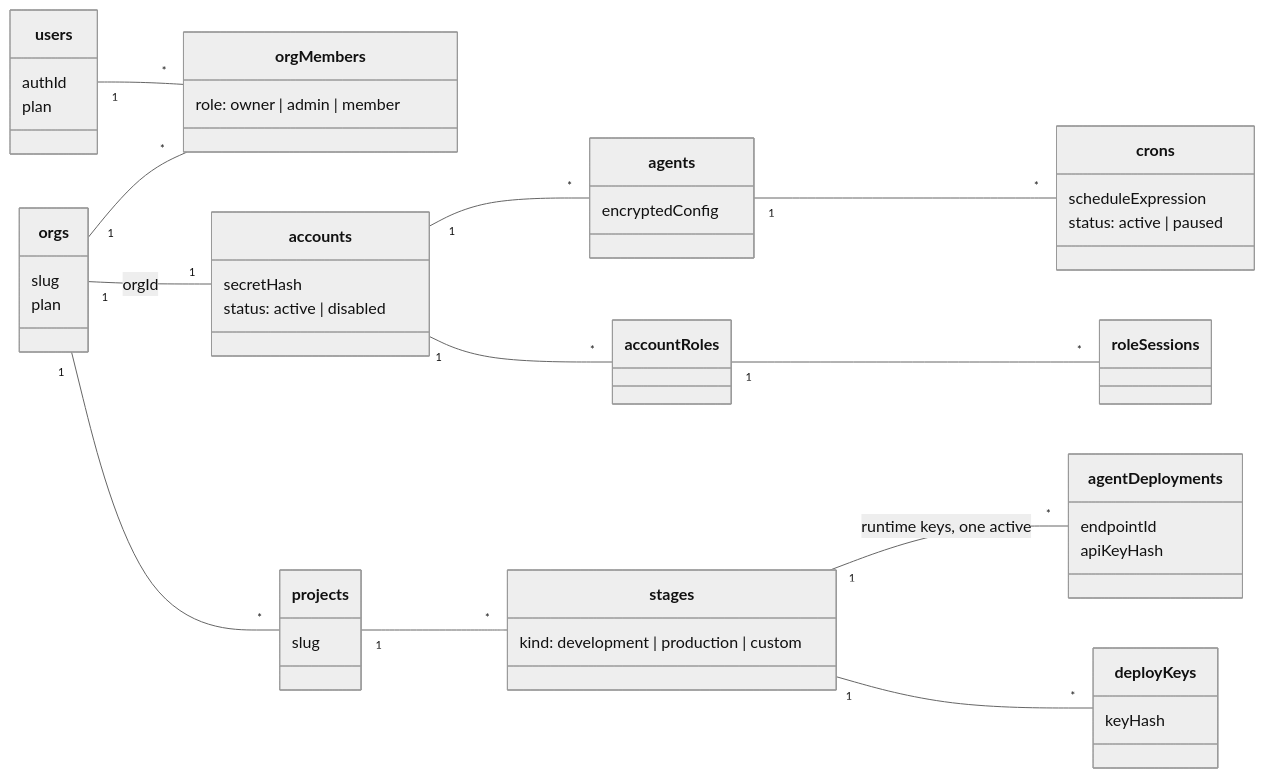
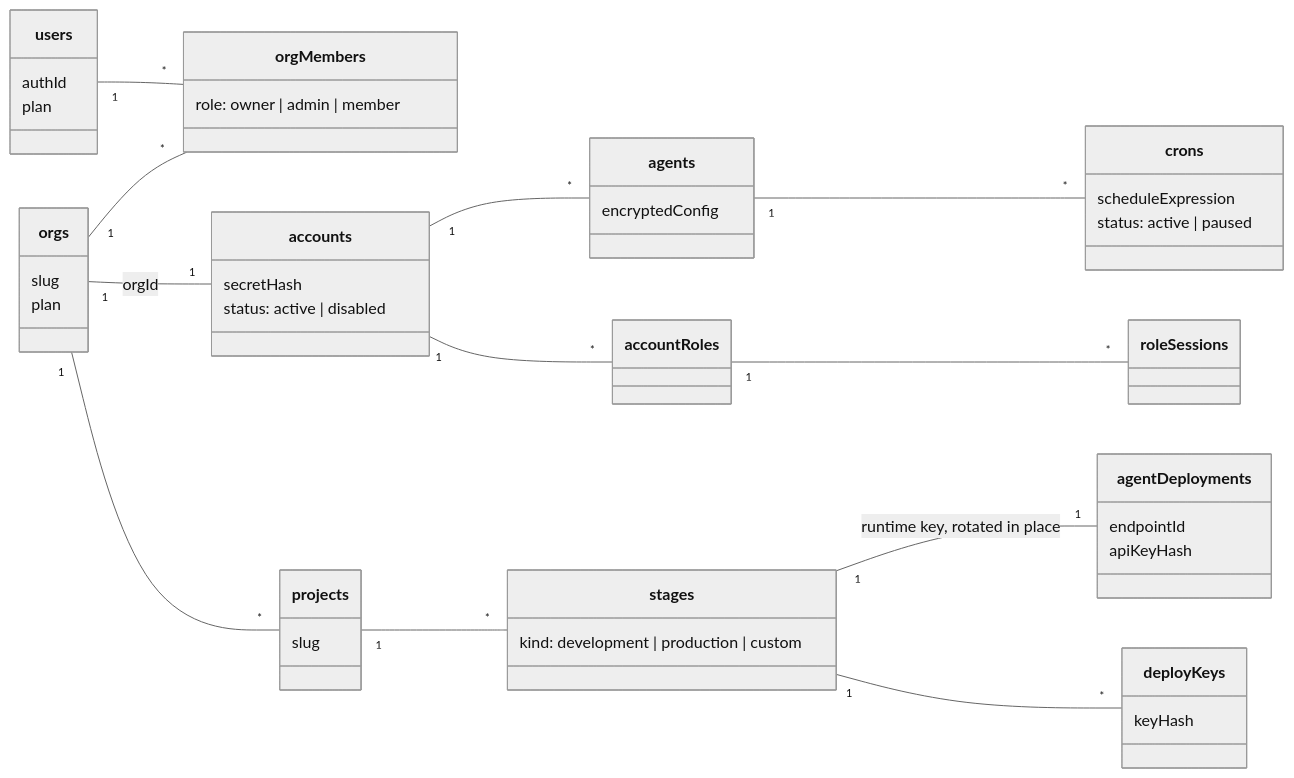
One commit to beeblastco/broods changed the sixth of 6 diagrams in apps/docs/docs/internals/architecture.md. Above: the diagram before and after it, drawn with Mermaid (neutral theme). The commit also changed other lines of this file and 8 other files, not shown here.

First line of the commit message:
docs: fix internals diagrams that disagreed with the code

````diff
--- a/apps/docs/docs/internals/architecture.md
+++ b/apps/docs/docs/internals/architecture.md
@@ -249,53 +260,53 @@
 ```mermaid
 classDiagram
   direction LR
   class users {
     authId
     plan
   }
   class orgs {
     slug
     plan
   }
   class orgMembers {
     role: owner | admin | member
   }
   class accounts {
     secretHash
     status: active | disabled
   }
   class projects {
     slug
   }
   class stages {
     kind: development | production | custom
   }
   class agentDeployments {
     endpointId
     apiKeyHash
   }
   class deployKeys {
     keyHash
   }
   class agents {
     encryptedConfig
   }
   class crons {
     scheduleExpression
     status: active | paused
   }
   class accountRoles
   class roleSessions
 
   users "1" -- "*" orgMembers
   orgs "1" -- "*" orgMembers
   orgs "1" -- "1" accounts : orgId
   orgs "1" -- "*" projects
   projects "1" -- "*" stages
-  stages "1" -- "*" agentDeployments : runtime keys, one active
+  stages "1" -- "1" agentDeployments : runtime key, rotated in place
   stages "1" -- "*" deployKeys
   accounts "1" -- "*" agents
   agents "1" -- "*" crons
   accounts "1" -- "*" accountRoles
   accountRoles "1" -- "*" roleSessions
 ```
````
